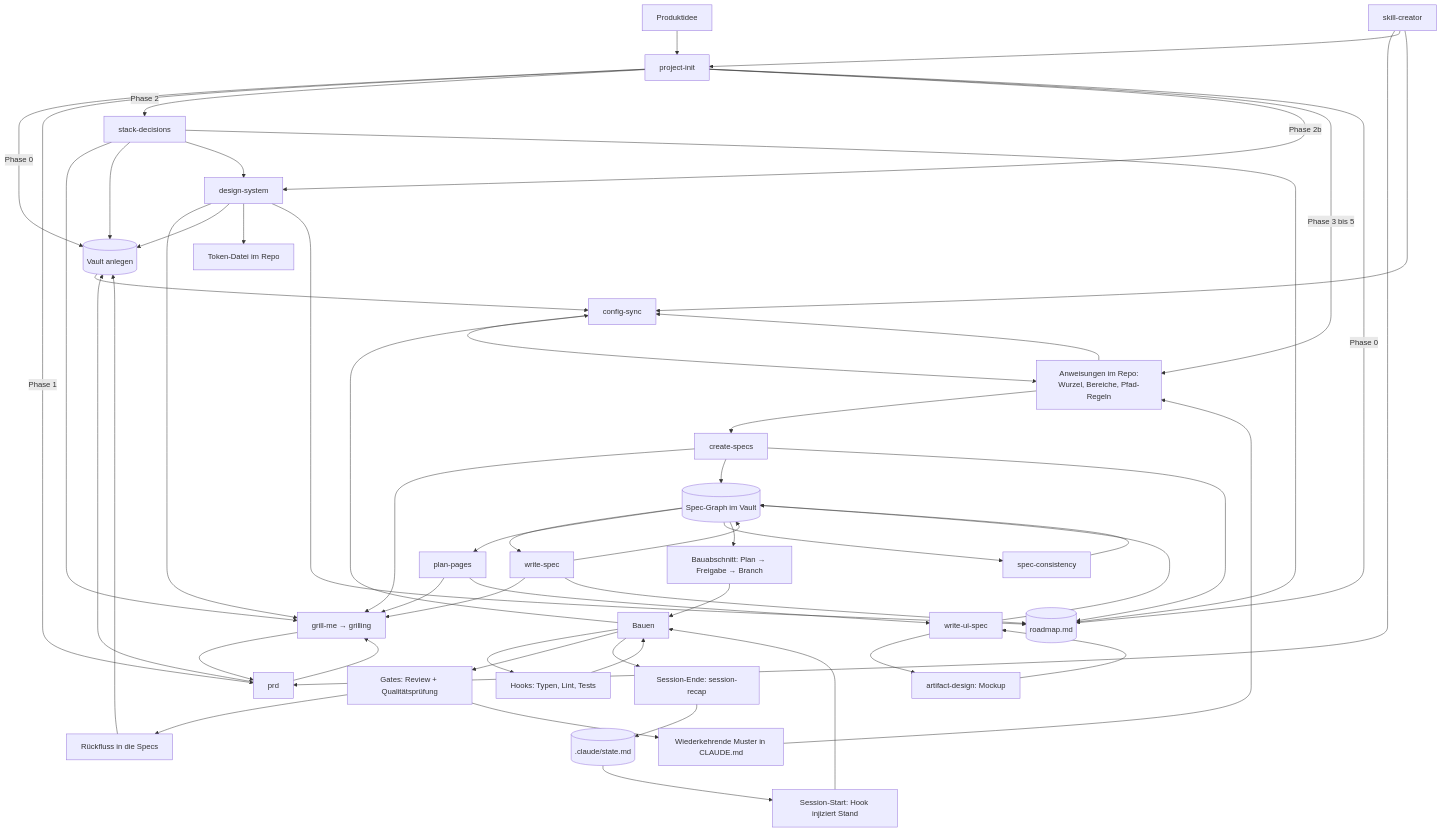
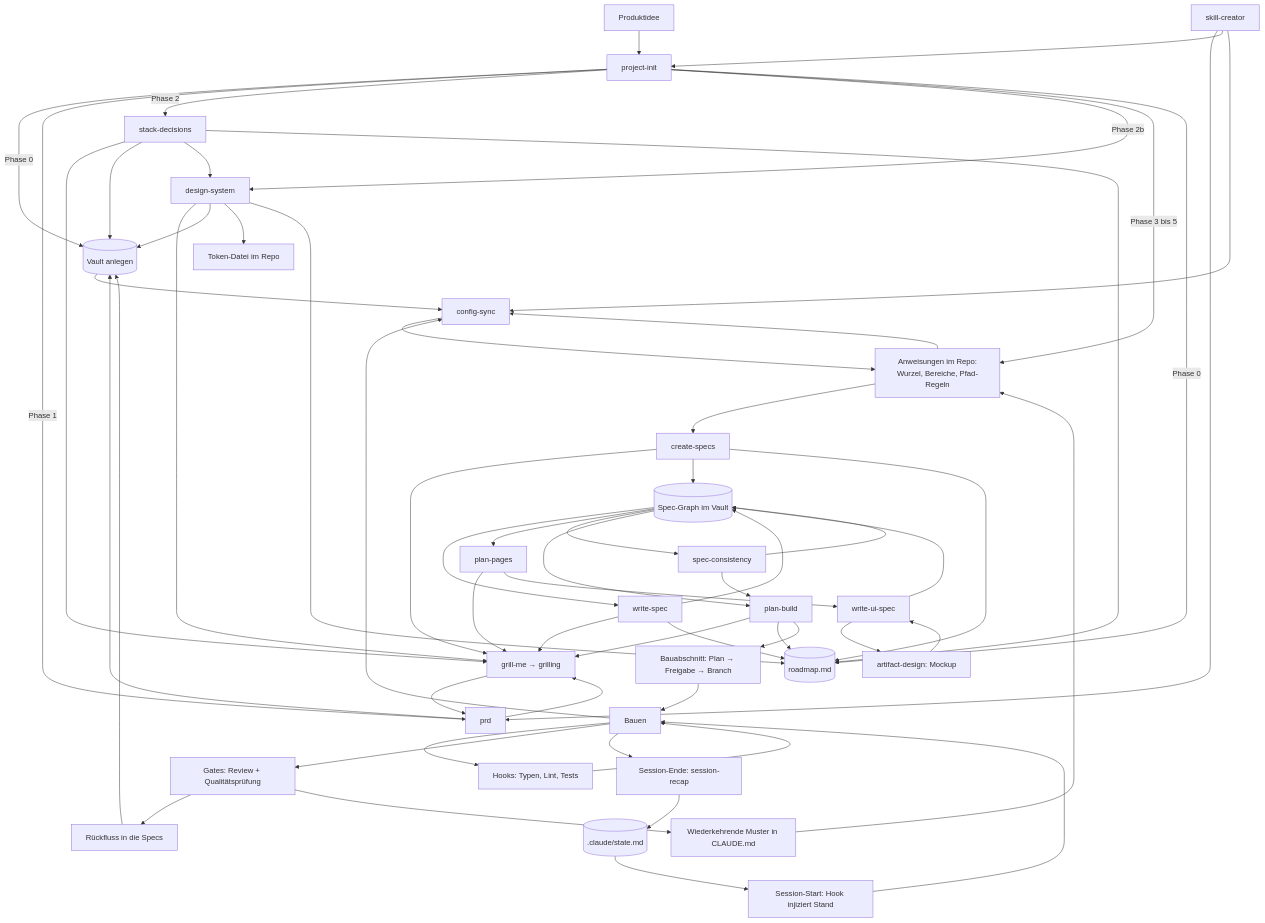
One commit to mxrius1706/Ai-Coding-Framework changed the diagram in LOOP.md. Above: the diagram before and after it, drawn with Mermaid. The commit also changed other lines of this file and 9 other files, not shown here.

First line of the commit message:
Bauphase im Baukasten: plan-build und die vier Bau-Skills

````diff
--- a/LOOP.md
+++ b/LOOP.md
@@ -25,61 +25,65 @@
 ```mermaid
 flowchart TD
     A[Produktidee] --> E[project-init]
     E -->|Phase 0| D[(Vault anlegen)]
     E -->|Phase 1| B[prd]
     B --> C[grill-me → grilling]
     C --> B
     B --> D
     E -->|Phase 2| S[stack-decisions]
     S --> C
     S --> D
     E -->|Phase 2b| DS[design-system]
     S --> DS
     DS --> C
     DS --> D
     DS --> TK[Token-Datei im Repo]
     E -->|Phase 3 bis 5| F[Anweisungen im Repo:<br/>Wurzel, Bereiche, Pfad-Regeln]
 
     F --> CS[create-specs]
     CS --> C
     CS --> SP[(Spec-Graph im Vault)]
     SP --> WS[write-spec]
     WS --> C
     WS --> SP
     SP --> PP[plan-pages]
     PP --> C
     PP --> UI[write-ui-spec]
     UI --> AD[artifact-design: Mockup]
     AD --> UI
     UI --> SP
     SP --> SC[spec-consistency]
     SC --> SP
-    SP --> G[Bauabschnitt: Plan → Freigabe → Branch]
+    SC --> PB[plan-build]
+    SP --> PB
+    PB --> C
+    PB --> RM
+    PB --> G[Bauabschnitt: Plan → Freigabe → Branch]
     G --> H[Bauen]
     H --> I[Hooks: Typen, Lint, Tests]
     I --> H
     H --> J[Gates: Review + Qualitätsprüfung]
     J --> K[Rückfluss in die Specs]
     K --> D
     J --> L[Wiederkehrende Muster in CLAUDE.md]
     L --> F
 
     F --> M[config-sync]
     M --> F
     D --> M
     H --> M
 
     N[Session-Ende: session-recap] --> O[(.claude/state.md)]
     E -->|Phase 0| RM[(roadmap.md)]
     S --> RM
     DS --> RM
     CS --> RM
     WS --> RM
     O --> P[Session-Start: Hook injiziert Stand]
     P --> H
     H --> N
 
     Q[skill-creator] --> B
     Q --> E
     Q --> M
 ```
````
